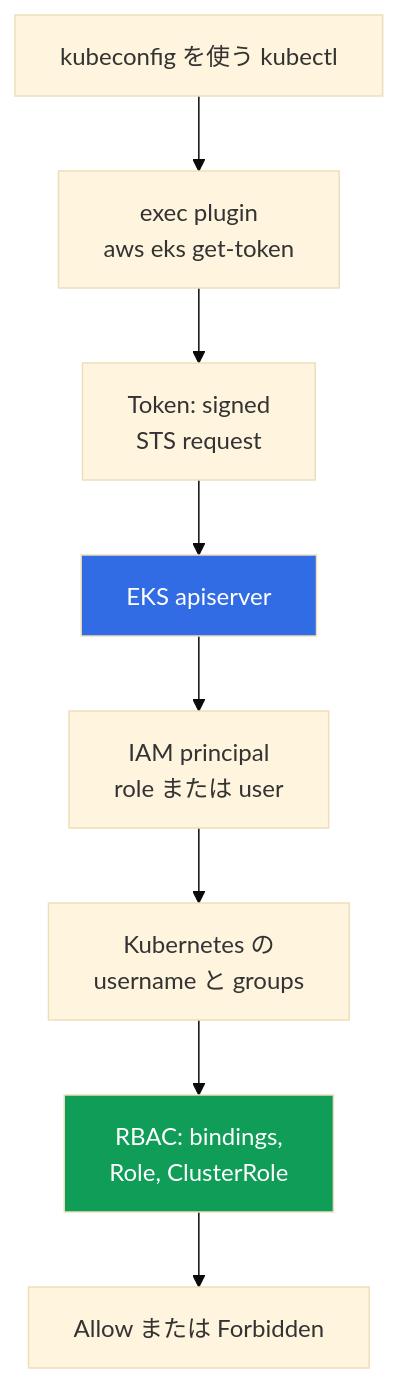
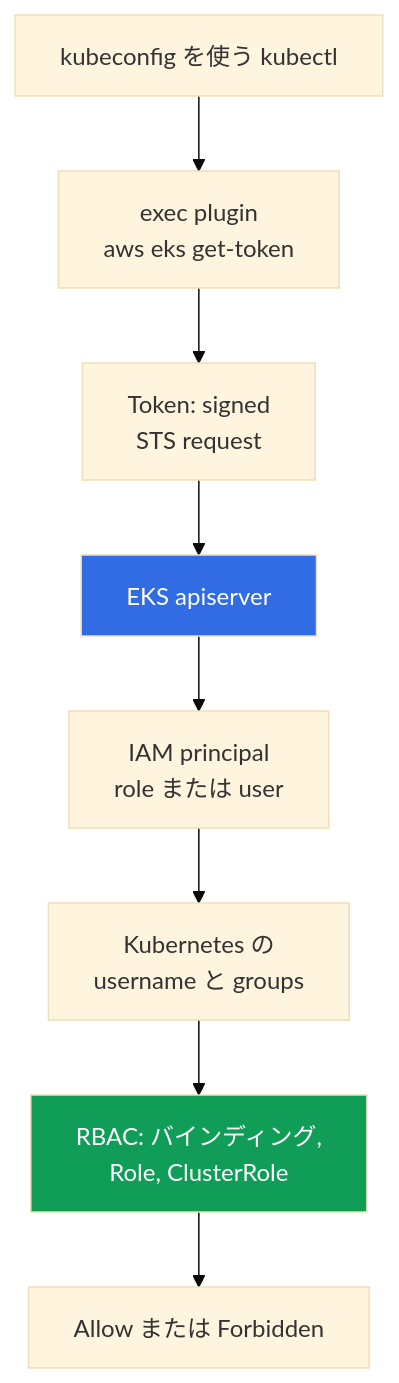
The first of 2 diagrams in tasks/eks/course/05/jp.md (ViktorUJ/cks), drawn with Mermaid (base theme) before and after one commit. The commit also changed other lines of this file and 534 other files, not shown here.

````diff
--- a/tasks/eks/course/05/jp.md
+++ b/tasks/eks/course/05/jp.md
@@ -20,15 +20,15 @@
 ```mermaid
 flowchart TB
     k["kubeconfig を使う kubectl"]
     plg["exec plugin<br/>aws eks get-token"]
     tok["Token: signed<br/>STS request"]
     api["EKS apiserver"]
     idn["IAM principal<br/>role または user"]
     map["Kubernetes の<br/>username と groups"]
-    rbac["RBAC: bindings,<br/>Role, ClusterRole"]
+    rbac["RBAC: バインディング,<br/>Role, ClusterRole"]
     res["Allow または Forbidden"]
     k --> plg --> tok --> api
     api --> idn --> map --> rbac --> res
     style api fill:#326ce5,color:#fff
     style rbac fill:#0f9d58,color:#fff
 ```
````
